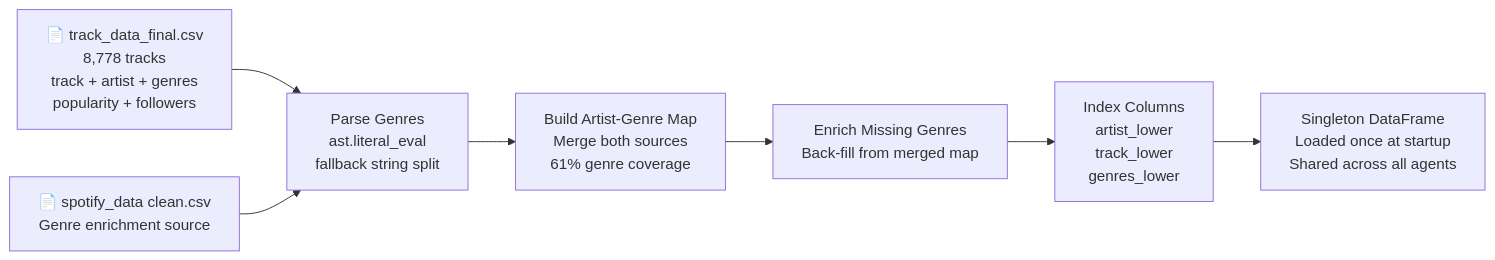
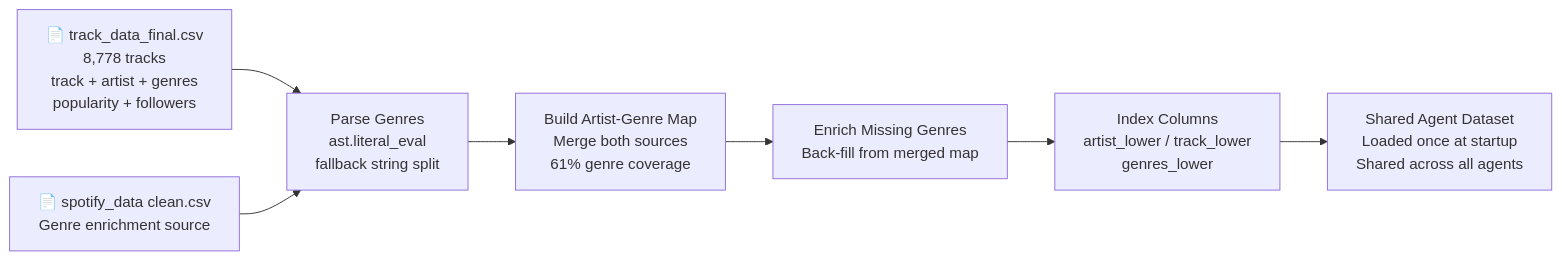
Before and after one commit to Ashutosh-177/ManTarang-AI-Powered-Music-Recommendation-System: the seventh of 9 diagrams in README.md, drawn with Mermaid. The commit also changed other lines of this file, not shown here.

````diff
--- a/README.md
+++ b/README.md
@@ -197,18 +197,18 @@
 ```mermaid
 flowchart LR
     CSV1["📄 track_data_final.csv\n8,778 tracks\ntrack + artist + genres\npopularity + followers"]
     CSV2["📄 spotify_data clean.csv\nGenre enrichment source"]
 
     PARSE["Parse Genres\nast.literal_eval\nfallback string split"]
     MERGE["Build Artist-Genre Map\nMerge both sources\n61% genre coverage"]
     ENRICH["Enrich Missing Genres\nBack-fill from merged map"]
-    INDEX["Index Columns\nartist_lower\ntrack_lower\ngenres_lower"]
-    RAM["Singleton DataFrame\nLoaded once at startup\nShared across all agents"]
+    INDEX["Index Columns\nartist_lower / track_lower\ngenres_lower"]
+    RAM["Shared Agent Dataset\nLoaded once at startup\nShared across all agents"]
 
     CSV1 --> PARSE
     CSV2 --> PARSE
     PARSE --> MERGE
     MERGE --> ENRICH
     ENRICH --> INDEX
     INDEX --> RAM
 ```
````
